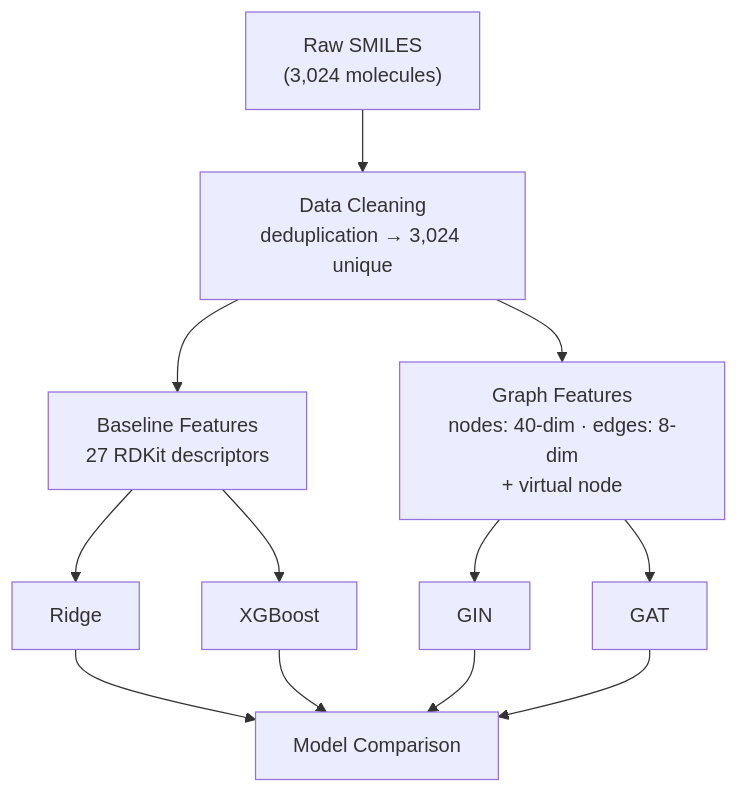
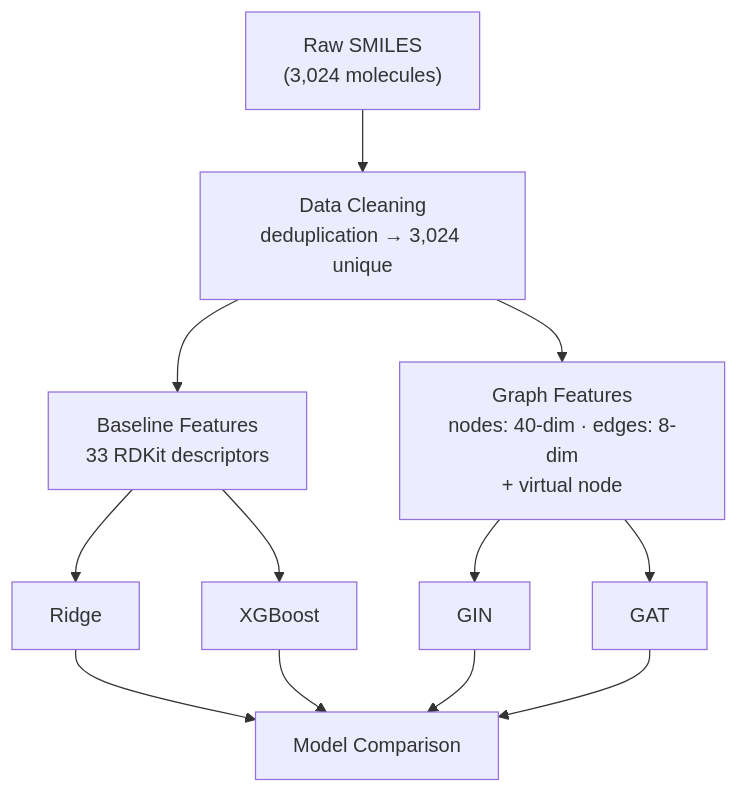
The first of 4 diagrams in README.md (nickbuker/GraphNet), drawn with Mermaid before and after one commit. The commit also changed other lines of this file and 11 other files, not shown here.

````diff
--- a/README.md
+++ b/README.md
@@ -36,14 +36,14 @@
 ```mermaid
 graph TD
     A["Raw SMILES\n(3,024 molecules)"] --> B["Data Cleaning\ndeduplication → 3,024 unique"]
-    B --> C["Baseline Features\n27 RDKit descriptors"]
+    B --> C["Baseline Features\n33 RDKit descriptors"]
     B --> D["Graph Features\nnodes: 40-dim · edges: 8-dim\n+ virtual node"]
     C --> E[Ridge]
     C --> F[XGBoost]
     D --> G[GIN]
     D --> H[GAT]
     E --> I[Model Comparison]
     F --> I
     G --> I
     H --> I
 ```
````
